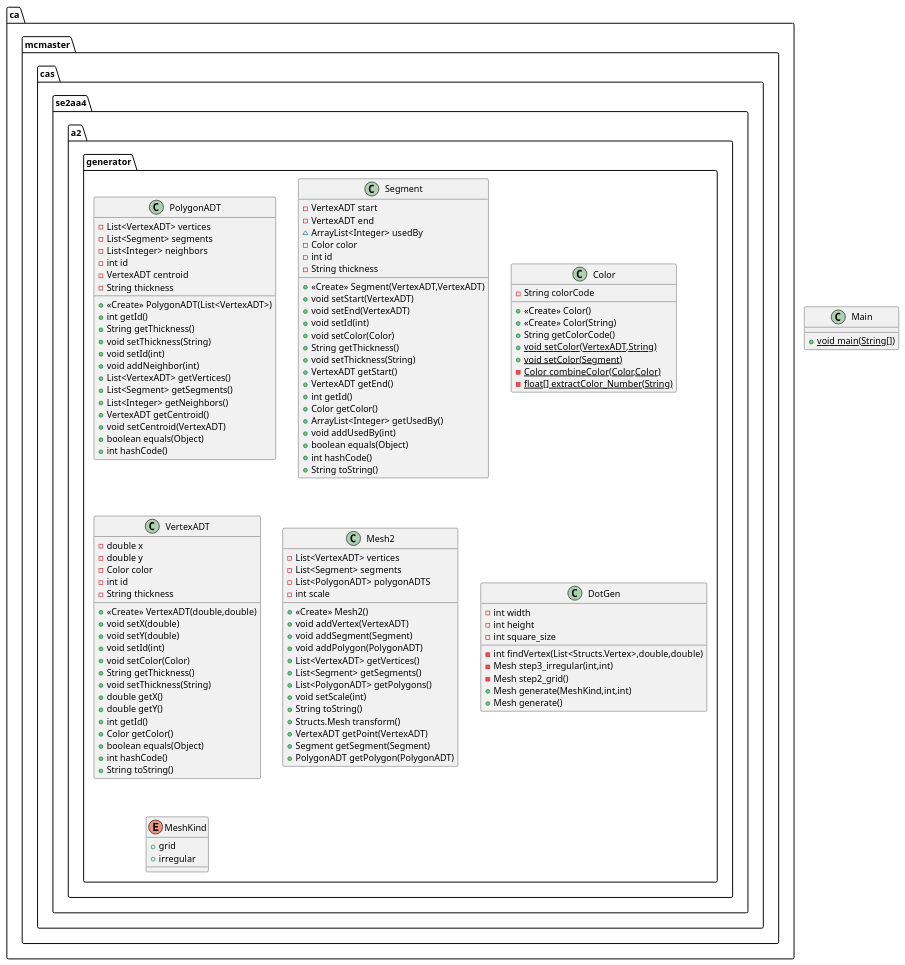
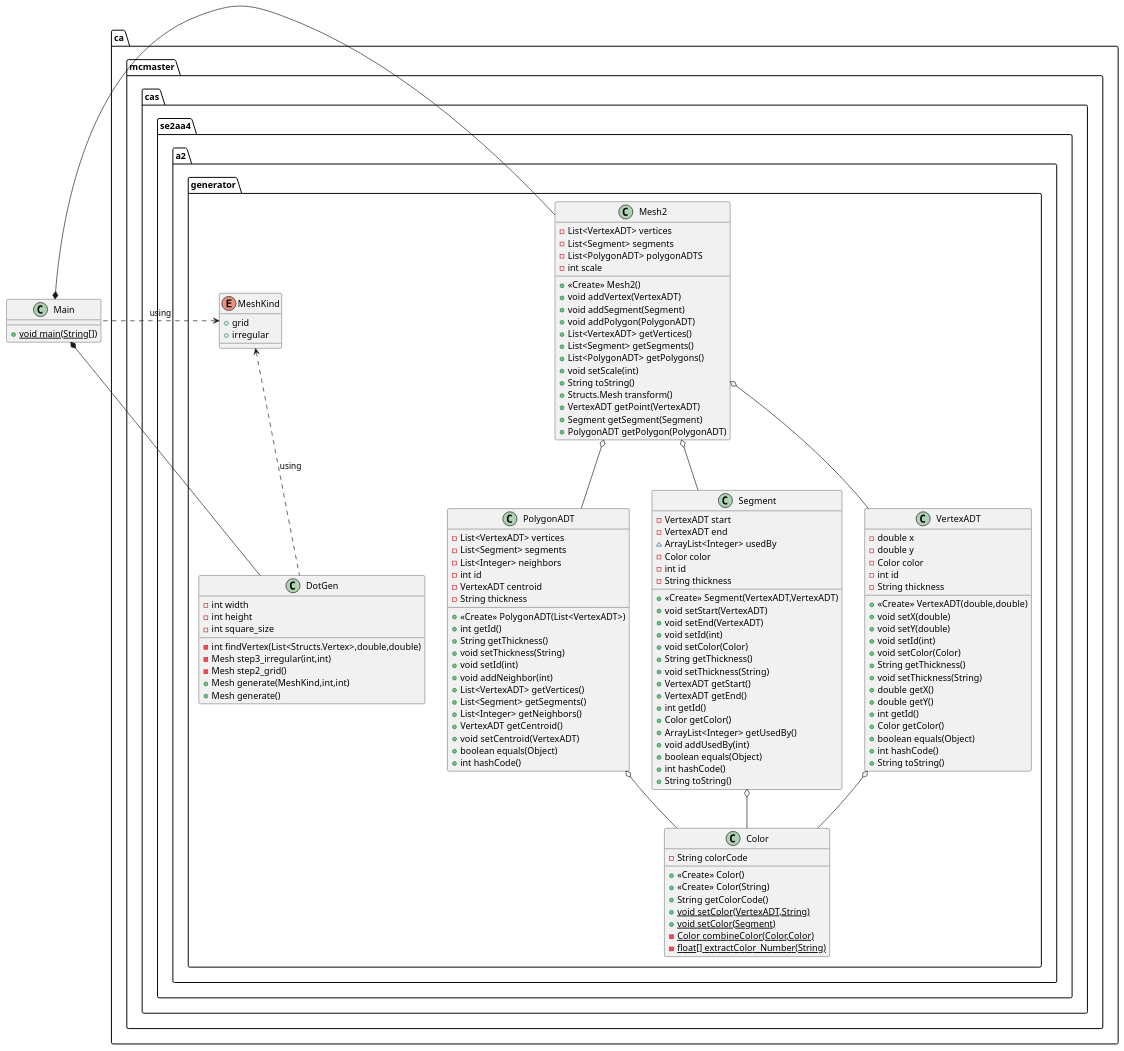
The diagram in UMLGenerator.puml (xiaotianlou/A4fi), drawn with PlantUML before and after one commit.

Commit message:
update UML

```diff
--- a/UMLGenerator.puml
+++ b/UMLGenerator.puml
@@ -1,115 +1,124 @@
 @startuml
 class ca.mcmaster.cas.se2aa4.a2.generator.PolygonADT {
 - List<VertexADT> vertices
 - List<Segment> segments
 - List<Integer> neighbors
 - int id
 - VertexADT centroid
 - String thickness
 + <<Create>> PolygonADT(List<VertexADT>)
 + int getId()
 + String getThickness()
 + void setThickness(String)
 + void setId(int)
 + void addNeighbor(int)
 + List<VertexADT> getVertices()
 + List<Segment> getSegments()
 + List<Integer> getNeighbors()
 + VertexADT getCentroid()
 + void setCentroid(VertexADT)
 + boolean equals(Object)
 + int hashCode()
 }
 class Main {
 + {static} void main(String[])
 }
 class ca.mcmaster.cas.se2aa4.a2.generator.Segment {
 - VertexADT start
 - VertexADT end
 ~ ArrayList<Integer> usedBy
 - Color color
 - int id
 - String thickness
 + <<Create>> Segment(VertexADT,VertexADT)
 + void setStart(VertexADT)
 + void setEnd(VertexADT)
 + void setId(int)
 + void setColor(Color)
 + String getThickness()
 + void setThickness(String)
 + VertexADT getStart()
 + VertexADT getEnd()
 + int getId()
 + Color getColor()
 + ArrayList<Integer> getUsedBy()
 + void addUsedBy(int)
 + boolean equals(Object)
 + int hashCode()
 + String toString()
 }
 class ca.mcmaster.cas.se2aa4.a2.generator.Color {
 - String colorCode
 + <<Create>> Color()
 + <<Create>> Color(String)
 + String getColorCode()
 + {static} void setColor(VertexADT,String)
 + {static} void setColor(Segment)
 - {static} Color combineColor(Color,Color)
 - {static} float[] extractColor_Number(String)
 }
 class ca.mcmaster.cas.se2aa4.a2.generator.VertexADT {
 - double x
 - double y
 - Color color
 - int id
 - String thickness
 + <<Create>> VertexADT(double,double)
 + void setX(double)
 + void setY(double)
 + void setId(int)
 + void setColor(Color)
 + String getThickness()
 + void setThickness(String)
 + double getX()
 + double getY()
 + int getId()
 + Color getColor()
 + boolean equals(Object)
 + int hashCode()
 + String toString()
 }
 class ca.mcmaster.cas.se2aa4.a2.generator.Mesh2 {
 - List<VertexADT> vertices
 - List<Segment> segments
 - List<PolygonADT> polygonADTS
 - int scale
 + <<Create>> Mesh2()
 + void addVertex(VertexADT)
 + void addSegment(Segment)
 + void addPolygon(PolygonADT)
 + List<VertexADT> getVertices()
 + List<Segment> getSegments()
 + List<PolygonADT> getPolygons()
 + void setScale(int)
 + String toString()
 + Structs.Mesh transform()
 + VertexADT getPoint(VertexADT)
 + Segment getSegment(Segment)
 + PolygonADT getPolygon(PolygonADT)
 }
 class ca.mcmaster.cas.se2aa4.a2.generator.DotGen {
 - int width
 - int height
 - int square_size
 - int findVertex(List<Structs.Vertex>,double,double)
 - Mesh step3_irregular(int,int)
 - Mesh step2_grid()
 + Mesh generate(MeshKind,int,int)
 + Mesh generate()
 }
 enum ca.mcmaster.cas.se2aa4.a2.generator.MeshKind {
 +  grid
 +  irregular
 }
-
+Main *-- ca.mcmaster.cas.se2aa4.a2.generator.DotGen
+Main *-- ca.mcmaster.cas.se2aa4.a2.generator.Mesh2
+ca.mcmaster.cas.se2aa4.a2.generator.Mesh2 o-- ca.mcmaster.cas.se2aa4.a2.generator.VertexADT
+ca.mcmaster.cas.se2aa4.a2.generator.Mesh2 o-- ca.mcmaster.cas.se2aa4.a2.generator.Segment
+ca.mcmaster.cas.se2aa4.a2.generator.Mesh2 o-- ca.mcmaster.cas.se2aa4.a2.generator.PolygonADT
+ca.mcmaster.cas.se2aa4.a2.generator.VertexADT o-- ca.mcmaster.cas.se2aa4.a2.generator.Color
+ca.mcmaster.cas.se2aa4.a2.generator.Segment o-- ca.mcmaster.cas.se2aa4.a2.generator.Color
+ca.mcmaster.cas.se2aa4.a2.generator.PolygonADT o-- ca.mcmaster.cas.se2aa4.a2.generator.Color
+ca.mcmaster.cas.se2aa4.a2.generator.MeshKind<..ca.mcmaster.cas.se2aa4.a2.generator.DotGen:using
+ca.mcmaster.cas.se2aa4.a2.generator.MeshKind<..Main:using
 @enduml
```
